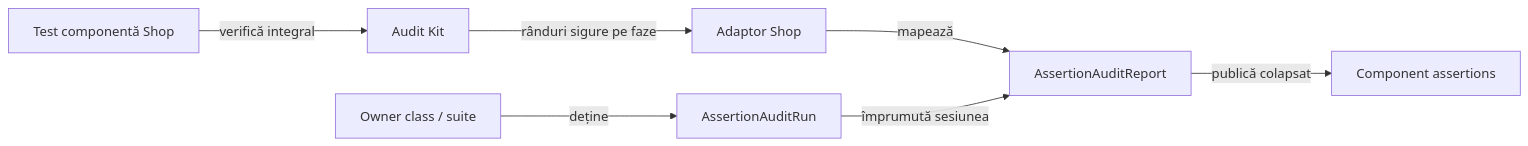
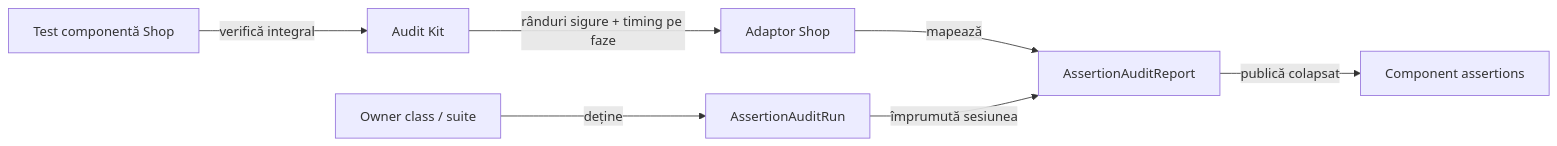
The fourth of 4 diagrams in atf-test-practice-shop/README.md (crististefanita/atf_j0), drawn with Mermaid before and after one commit. The commit also changed other lines of this file and 88 other files, not shown here.

````diff
--- a/atf-test-practice-shop/README.md
+++ b/atf-test-practice-shop/README.md
@@ -668,9 +669,9 @@
 ```mermaid
 flowchart LR
     Test[Test componentă Shop] -->|verifică integral| Kit[Audit Kit]
-    Kit -->|rânduri sigure pe faze| Adapter[Adaptor Shop]
+    Kit -->|rânduri sigure + timing pe faze| Adapter[Adaptor Shop]
     Adapter -->|mapează| Report[AssertionAuditReport]
     Scope["Owner class / suite"] -->|deține| Run[AssertionAuditRun]
     Run -->|împrumută sesiunea| Report
     Report -->|publică colapsat| Step[Component assertions]
 ```
````
